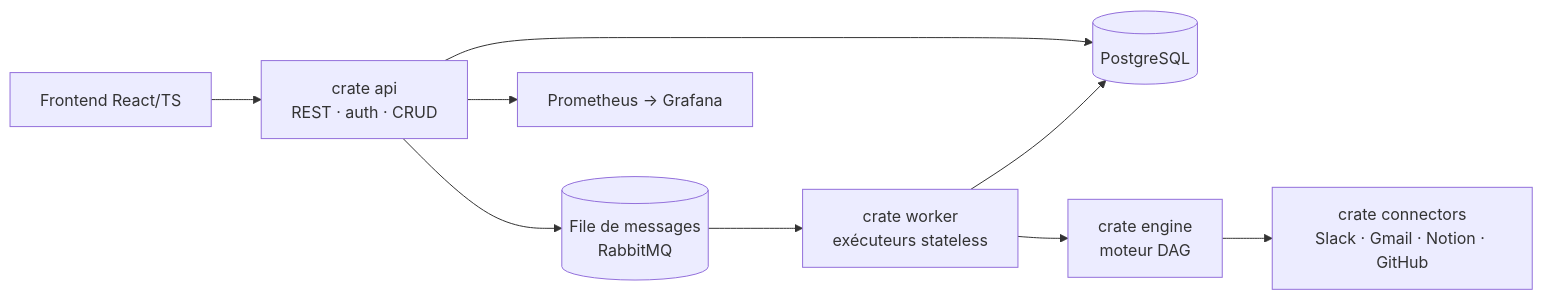
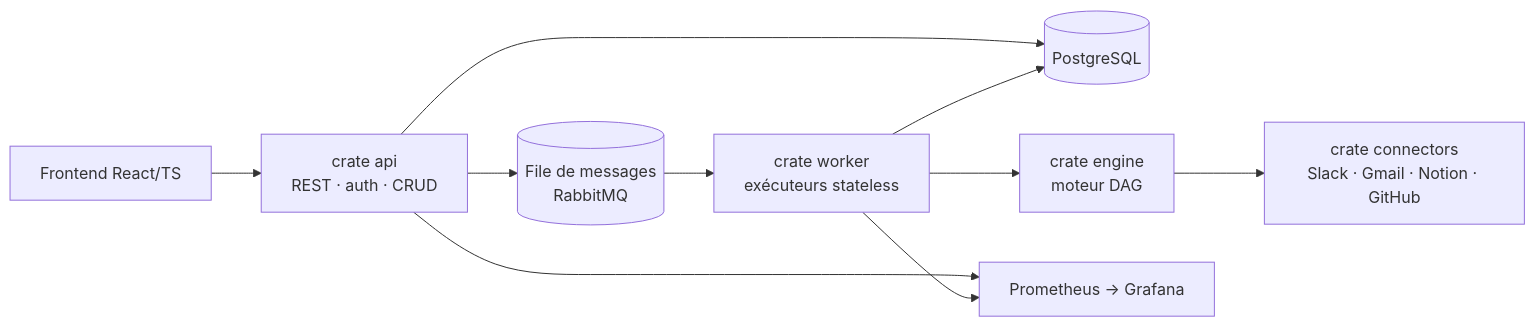
Before and after one commit to TheDarkMac/autome: the diagram in README.md, drawn with Mermaid. The commit also changed other lines of this file and 2 other files, not shown here.

````diff
--- a/README.md
+++ b/README.md
@@ -143,11 +143,12 @@
 ```mermaid
 flowchart LR
   UI["Frontend React/TS"] --> API["crate api<br/>REST · auth · CRUD"]
   API --> Q[("File de messages<br/>RabbitMQ")]
   API --> DB[("PostgreSQL")]
   Q --> WK["crate worker<br/>exécuteurs stateless"]
   WK --> ENG["crate engine<br/>moteur DAG"]
   ENG --> CONN["crate connectors<br/>Slack · Gmail · Notion · GitHub"]
   WK --> DB
   API --> PROM["Prometheus → Grafana"]
+  WK --> PROM
 ```
````
